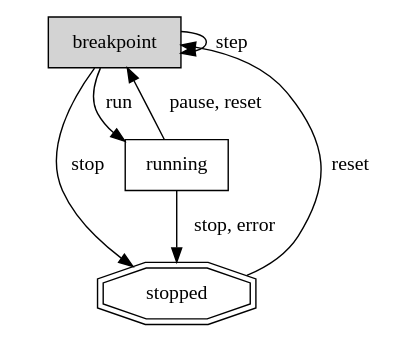
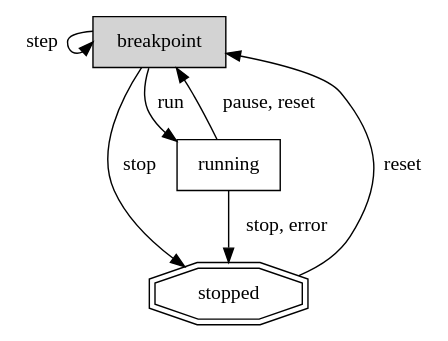
Before and after one commit to emustudio/emuStudio: the first of 2 diagrams in doc/src/tutorials/cpu.adoc, drawn with Graphviz. The commit also changed other lines of this file and 22 other files, not shown here.

```diff
--- a/doc/src/tutorials/cpu.adoc
+++ b/doc/src/tutorials/cpu.adoc
@@ -216,17 +216,17 @@
 [graphviz]
 ---------------------------------------------------------------------
 digraph emulation_states {
   ratio = 1;
   node [shape = rect];
 
   breakpoint [ style = filled, fillcolor=lightgrey ];
   stopped [shape = doubleoctagon ];
 
   breakpoint -> running [ label = "run " ];
   breakpoint -> stopped [ label = "stop " ];
-  breakpoint -> breakpoint   [ label = "step " ];
+  breakpoint -> breakpoint   [ label = "step ", headport=w ];
   running -> stopped [ label = "stop, error " ];
   running -> breakpoint [ label = "pause, reset " ];
   stopped -> breakpoint [ label = "reset " ];
 }
 ---------------------------------------------------------------------
```
